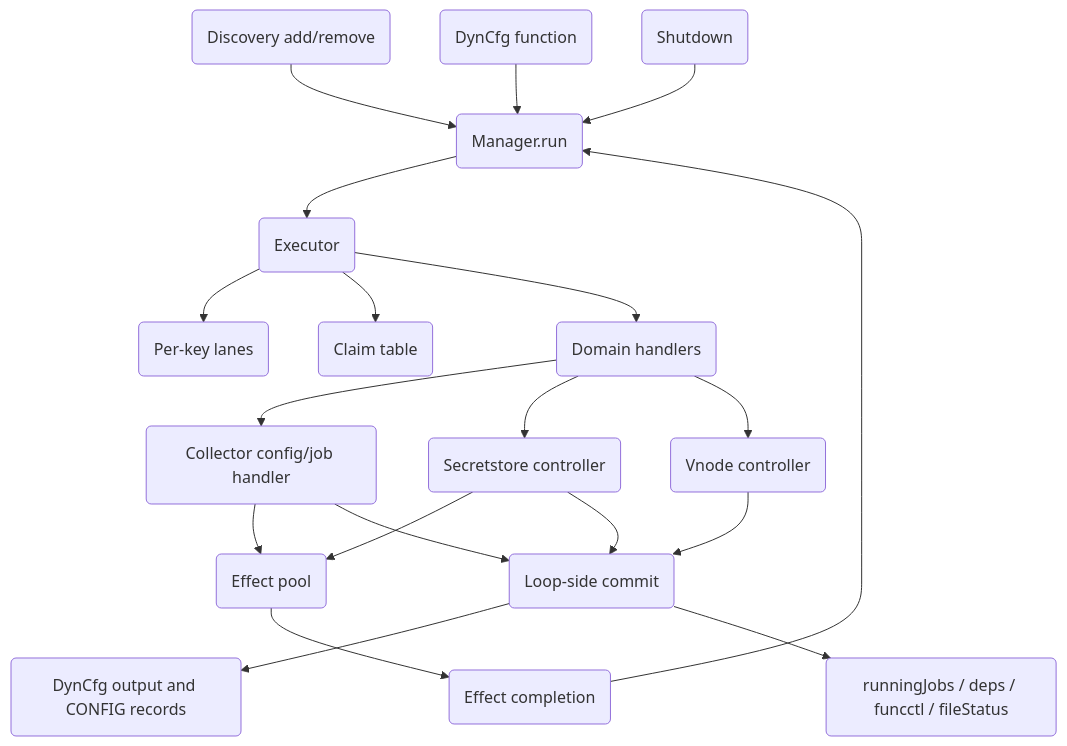
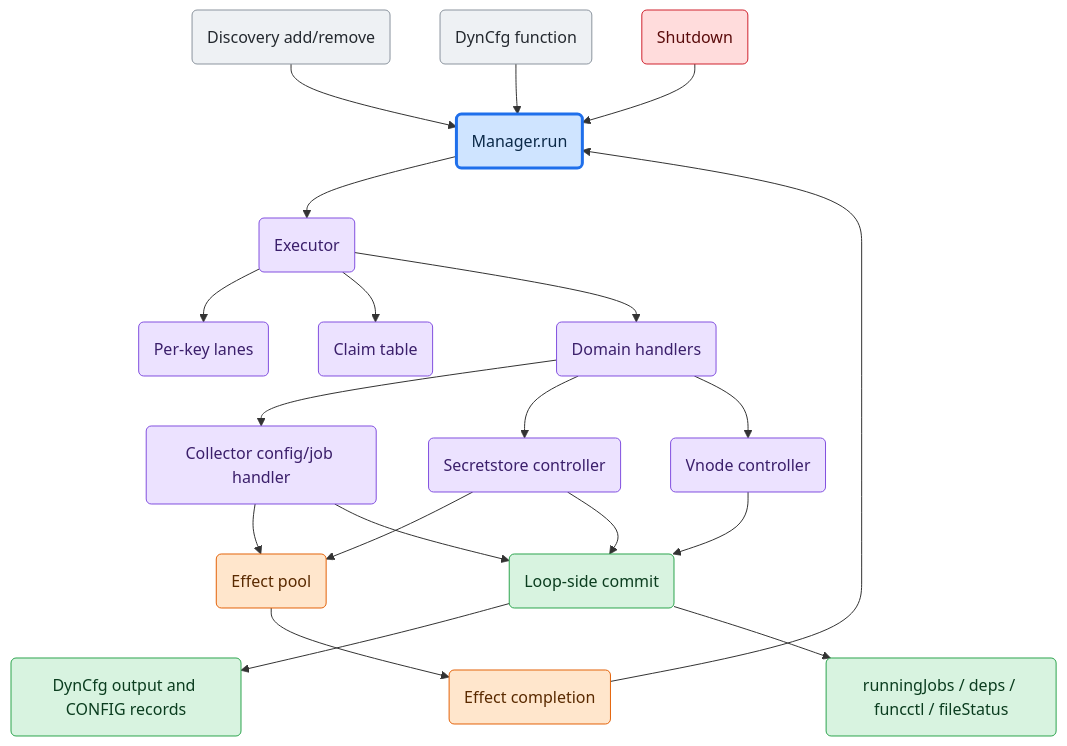
Before and after one commit to netdata/netdata: the second of 5 diagrams in src/go/plugin/agent/jobmgr/ARCHITECTURE.md, drawn with Mermaid. The commit also changed other lines of this file and 2 other files, not shown here.

Commit message:
test(go.d/jobmgr): harden effect lifecycle invariants

````diff
--- a/src/go/plugin/agent/jobmgr/ARCHITECTURE.md
+++ b/src/go/plugin/agent/jobmgr/ARCHITECTURE.md
@@ -31,26 +99,40 @@
 ```mermaid
 flowchart TD
     discovery("Discovery add/remove") --> loop("Manager.run")
     dyncfg("DynCfg function") --> loop
     done("Effect completion") --> loop
     stop("Shutdown") --> loop
 
     loop --> exec("Executor")
     exec --> lanes("Per-key lanes")
     exec --> claims("Claim table")
     exec --> domains("Domain handlers")
 
     domains --> collector("Collector config/job handler")
     domains --> stores("Secretstore controller")
     domains --> vnodes("Vnode controller")
 
     collector --> effects("Effect pool")
     stores --> effects
     effects --> done
 
     collector --> commit("Loop-side commit")
     stores --> commit
     vnodes --> commit
     commit --> wire("DynCfg output and CONFIG records")
     commit --> jobs("runningJobs / deps / funcctl / fileStatus")
+
+    classDef loop fill:#cfe4ff,stroke:#1f6feb,stroke-width:3px,color:#0b2948;
+    classDef input fill:#eef1f4,stroke:#8b949e,color:#24292f;
+    classDef sched fill:#ece2ff,stroke:#8250df,color:#3b1f6b;
+    classDef effect fill:#ffe6cc,stroke:#e36209,color:#5a2a00;
+    classDef commit fill:#d8f3e0,stroke:#2da44e,color:#0b3d1f;
+    classDef hard fill:#ffdcdc,stroke:#cf222e,color:#5a0b0b;
+
+    class loop loop;
+    class discovery,dyncfg input;
+    class stop hard;
+    class done,effects effect;
+    class exec,lanes,claims,domains,collector,stores,vnodes sched;
+    class commit,wire,jobs commit;
 ```
````
